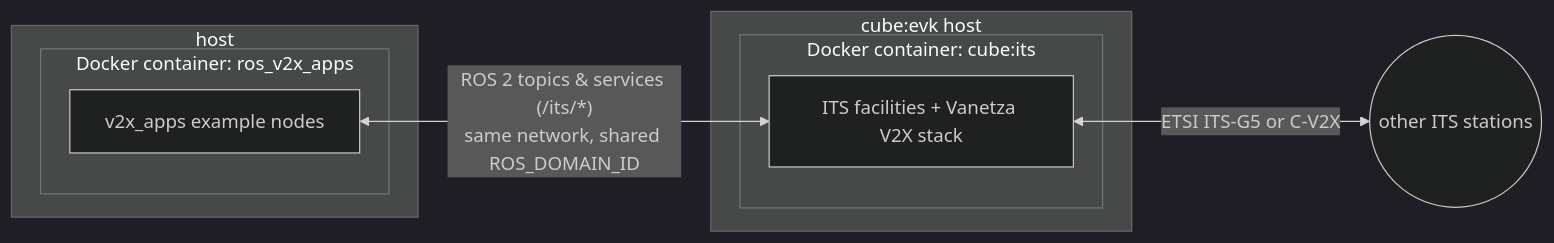
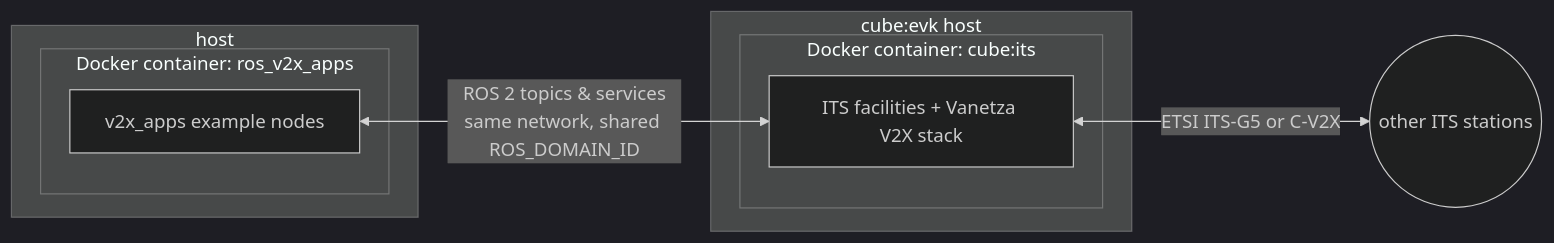
The diagram in README.md (cubesys-GmbH/ros_v2x_apps), drawn with Mermaid (dark theme) before and after one commit.

````diff
--- a/README.md
+++ b/README.md
@@ -7,15 +7,15 @@
 ```mermaid
 flowchart LR
     subgraph dev["host"]
         subgraph d2["Docker container: ros_v2x_apps"]
             apps["v2x_apps example nodes"]
         end
     end
     subgraph evk["cube:evk host"]
         subgraph d1["Docker container: cube:its"]
             cits["ITS facilities + Vanetza V2X stack"]
         end
     end
-    apps <-->|"ROS 2 topics & services (/its/*)<br/>same network, shared ROS_DOMAIN_ID"| cits
+    apps <-->|"ROS 2 topics & services<br/>same network, shared ROS_DOMAIN_ID"| cits
     cits <-->|"ETSI ITS-G5 or C-V2X"| ext(("other ITS stations"))
 ```
````
